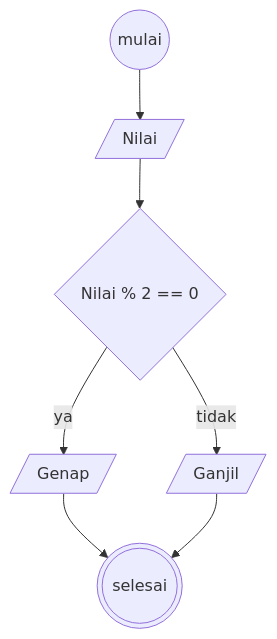
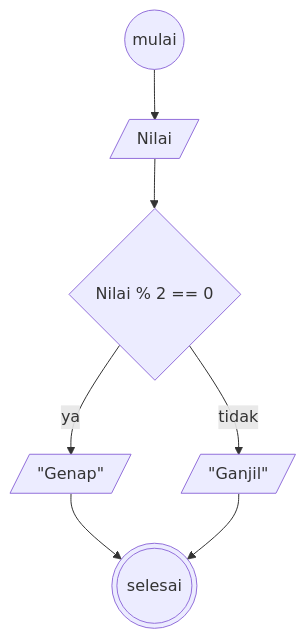
Before and after one commit to daberpro/koda-b10-algoritma: the diagram in README.md, drawn with Mermaid.

````diff
--- a/README.md
+++ b/README.md
@@ -20,19 +20,19 @@
 ```mermaid
 
 flowchart TB
     Start((mulai))
     Nilai[/Nilai/]
     Kondisi{Nilai % 2 == 0}
-    P2_1[/"Genap"/]
-    P2_2[/"Ganjil"/]
+    P2_1[/#quot;Genap#quot;/]
+    P2_2[/#quot;Ganjil#quot;/]
     End(((selesai)))
 
     Start --> Nilai
     Nilai --> Kondisi
     Kondisi --> |ya| P2_1
     Kondisi --> |tidak| P2_2
 
     P2_1 --> End
     P2_2 --> End
 
 ```
````
